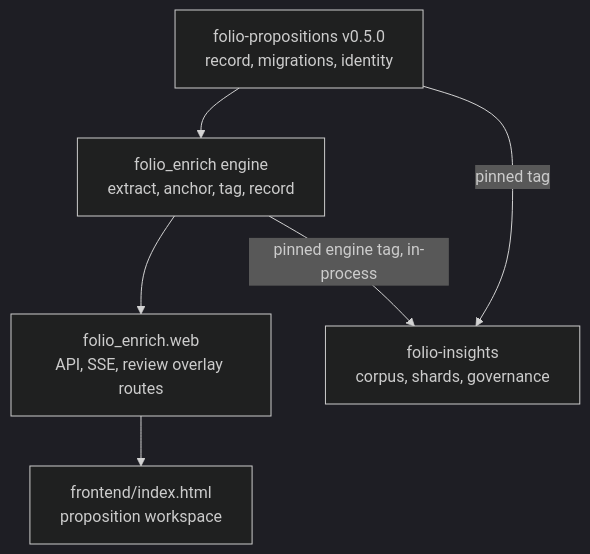
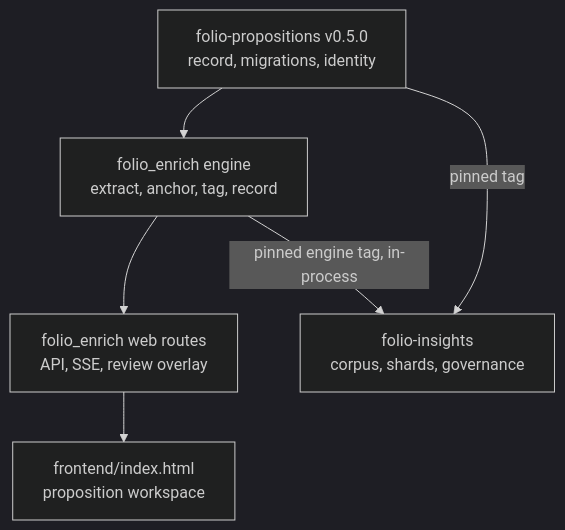
Before and after one commit to alea-institute/folio-enrich: the first of 3 diagrams in docs/plans/2026-10-26-0700-feat-unified-proposition-engine-plan.md, drawn with Mermaid (dark theme). The commit also changed other lines of this file, not shown here.

First line of the commit message:
docs(plans): fold document review into unified proposition engine plan

````diff
--- a/docs/plans/2026-10-26-0700-feat-unified-proposition-engine-plan.md
+++ b/docs/plans/2026-10-26-0700-feat-unified-proposition-engine-plan.md
@@ -215,13 +227,13 @@
 ```mermaid
 flowchart TB
   P["folio-propositions v0.5.0<br/>record, migrations, identity"]
   E["folio_enrich engine<br/>extract, anchor, tag, record"]
-  W["folio_enrich.web<br/>API, SSE, review overlay routes"]
+  W["folio_enrich web routes<br/>API, SSE, review overlay"]
   F["frontend/index.html<br/>proposition workspace"]
   I["folio-insights<br/>corpus, shards, governance"]
   P --> E
   E --> W
   W --> F
   E -->|pinned engine tag, in-process| I
   P -->|pinned tag| I
 ```
````
